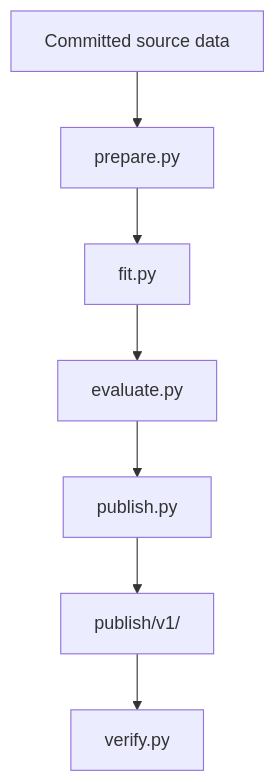
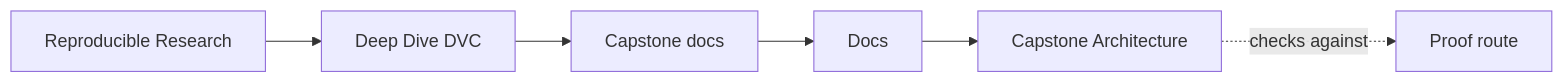
The first of 2 diagrams in programs/reproducible-research/deep-dive-dvc/capstone/docs/architecture.md (bijux/bijux-masterclass), drawn with Mermaid before and after one commit. The commit also changed other lines of this file and 90 other files, not shown here.

Commit message:
docs(deep-dive-dvc): map publication and recovery review surfaces

````diff
--- a/programs/reproducible-research/deep-dive-dvc/capstone/docs/architecture.md
+++ b/programs/reproducible-research/deep-dive-dvc/capstone/docs/architecture.md
@@ -6,13 +6,12 @@
 ```mermaid
-graph TD
-  raw["Committed source data"]
-  prepare["prepare.py"]
-  fit["fit.py"]
-  evaluate["evaluate.py"]
-  publish["publish.py"]
-  verify["verify.py"]
-  release["publish/v1/"]
+graph LR
+  family["Reproducible Research"]
+  program["Deep Dive DVC"]
+  guide["Capstone docs"]
+  section["Docs"]
+  page["Capstone Architecture"]
+  proof["Proof route"]
 
-  raw --> prepare --> fit --> evaluate --> publish --> release
-  release --> verify
+  family --> program --> guide --> section --> page
+  page -.checks against.-> proof
 ```
````
